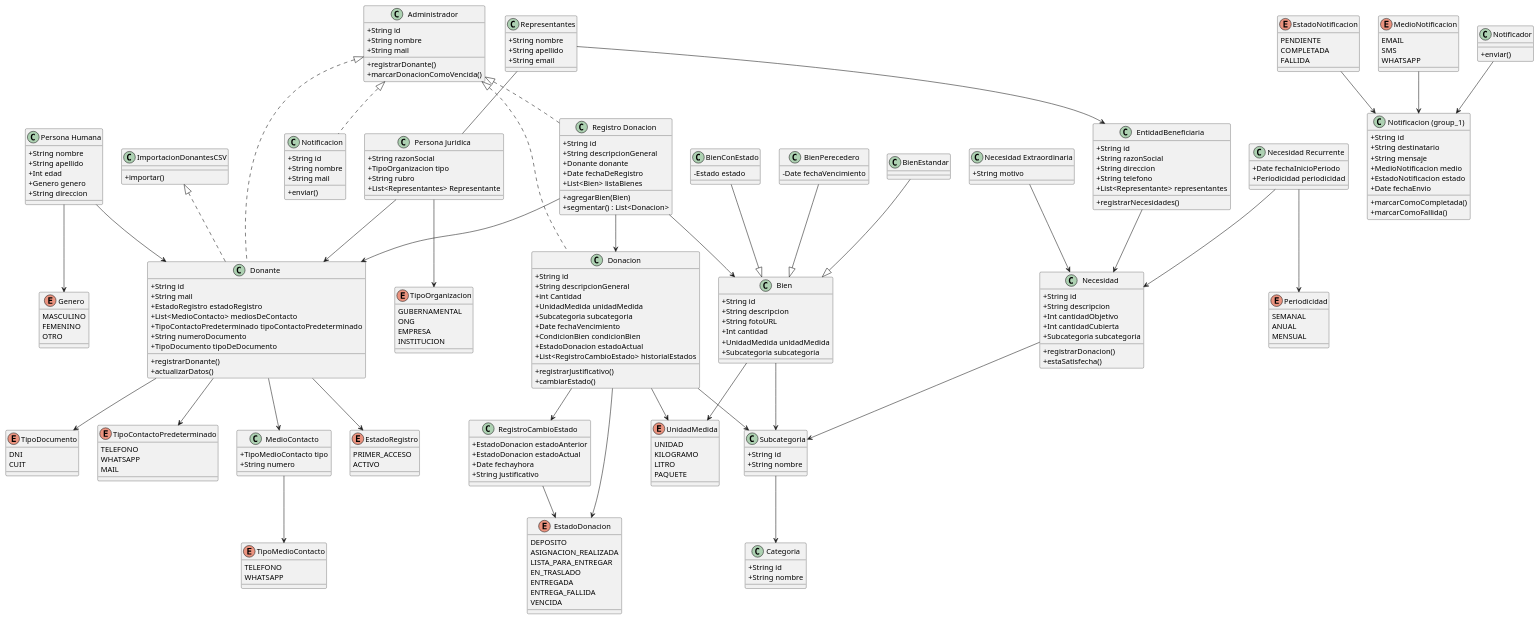
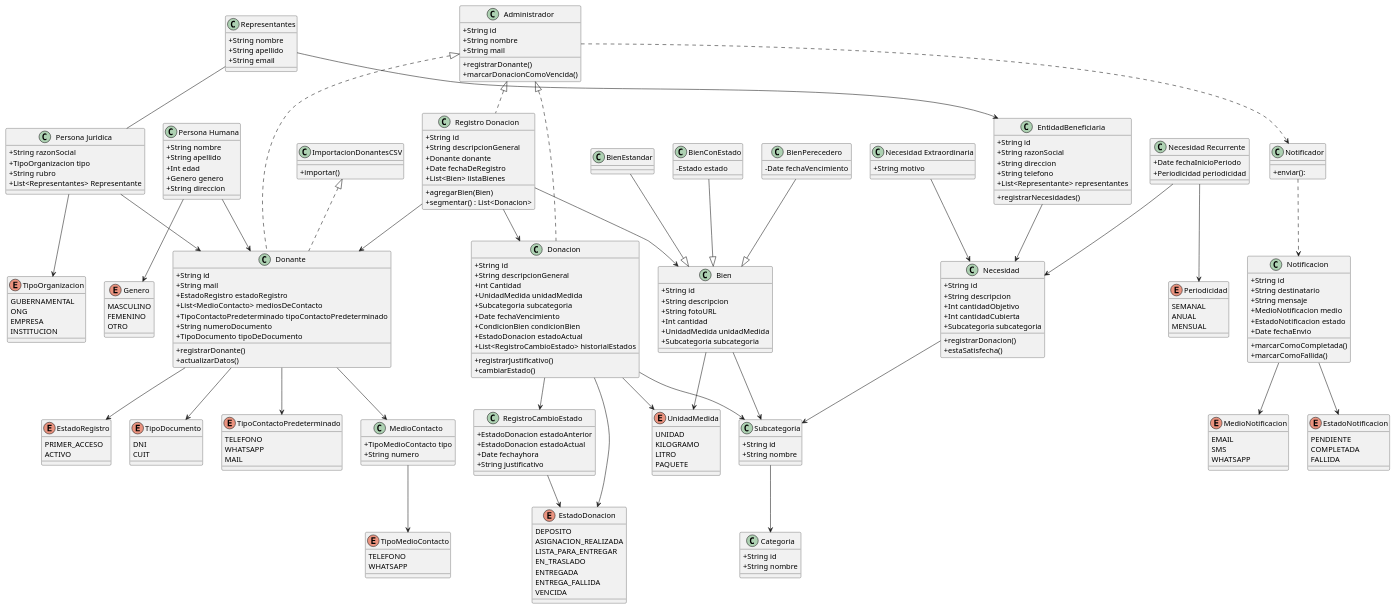
Before and after one commit to MileSantinoni/TPA_DonaTrack_Grupo11: the diagram in diagramaDeClases.puml, drawn with PlantUML. The commit also changed 3 other files, not shown here.

```diff
--- a/diagramaDeClases.puml
+++ b/diagramaDeClases.puml
@@ -64,18 +64,16 @@
   MENSUAL
 }
 
-' group_1 enums
+enum MedioNotificacion {
+  EMAIL
+  SMS
+  WHATSAPP
+}
 
 enum EstadoNotificacion {
   PENDIENTE
   COMPLETADA
   FALLIDA
-}
-
-enum MedioNotificacion {
-  EMAIL
-  SMS
-  WHATSAPP
 }
 
 ' -------------------------
@@ -203,6 +201,10 @@
   +marcarDonacionComoVencida()
 }
 
+class Notificador {
+  +enviar():
+}
+
 class "EntidadBeneficiaria" as EntidadBeneficiaria {
   +String id
   +String razonSocial
@@ -222,25 +224,12 @@
 
 class Notificacion {
   +String id
-  +String nombre
-  +String mail
-  +enviar()
-}
-
-' -------------------------
-' CLASES (group_1)
-' -------------------------
-class Notificador {
-  +enviar()
-}
-
-class "Notificacion (group_1)" as NotificacionG1 {
-  +String id
   +String destinatario
   +String mensaje
   +MedioNotificacion medio
   +EstadoNotificacion estado
   +Date fechaEnvio
+
   +marcarComoCompletada()
   +marcarComoFallida()
 }
@@ -276,7 +265,10 @@
 MedioContacto --> TipoMedioContacto
 Donacion --> RegistroCambioEstado
 Donante --> EstadoRegistro
-Administrador <|.. Notificacion
+Administrador ..> Notificador
+Notificador ..> Notificacion
+Notificacion --> MedioNotificacion
+Notificacion --> EstadoNotificacion
 EntidadBeneficiaria --> Necesidad
 Administrador <|.. Donante
 Donacion --> Subcategoria
@@ -284,11 +276,6 @@
 RegistroDonacion --> Bien
 Donante --> TipoContactoPredeterminado
 
-' -------------------------
-' RELACIONES (group_1)
-' -------------------------
-EstadoNotificacion --> NotificacionG1
-Notificador --> NotificacionG1
-MedioNotificacion --> NotificacionG1
+
 
 @enduml
```
